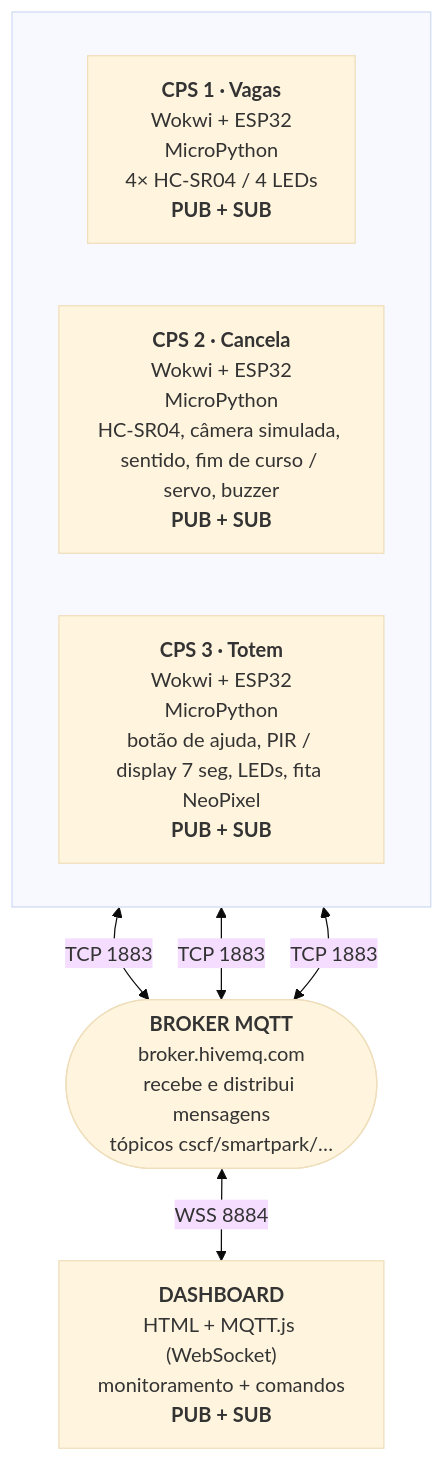
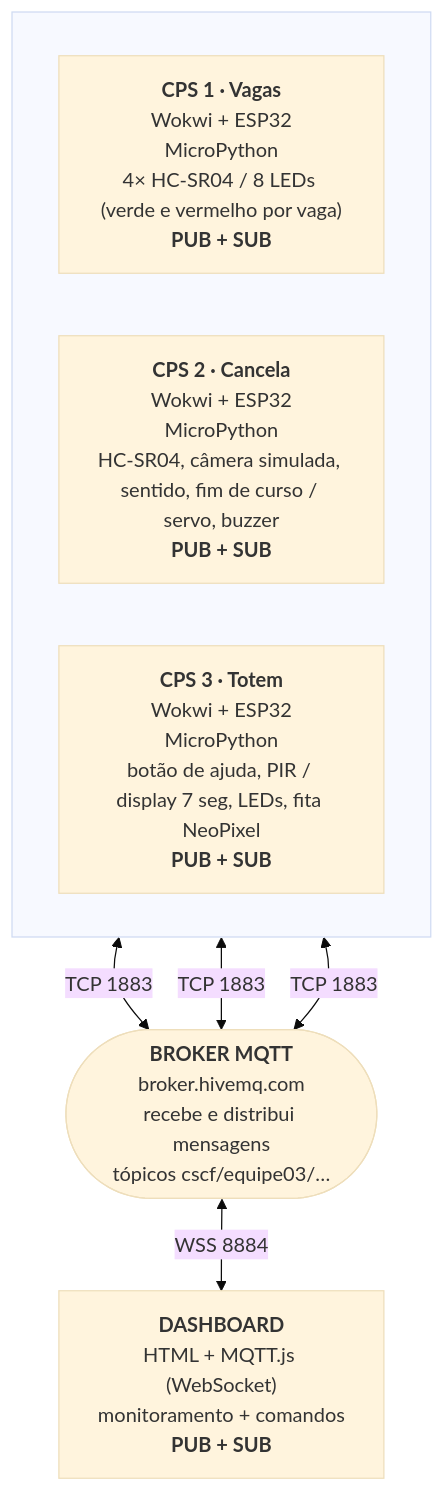
The first of 2 diagrams in docs/arquitetura.md (Bossmann007/smartpark-pucpr), drawn with Mermaid (base theme) before and after one commit. The commit also changed other lines of this file and 35 other files, not shown here.

````diff
--- a/docs/arquitetura.md
+++ b/docs/arquitetura.md
@@ -7,15 +7,15 @@
 ```mermaid
 flowchart TB
   subgraph CPS[" "]
     direction LR
-    CPS1["<b>CPS 1 · Vagas</b><br/>Wokwi + ESP32<br/>MicroPython<br/>4× HC-SR04 / 4 LEDs<br/><b>PUB + SUB</b>"]
+    CPS1["<b>CPS 1 · Vagas</b><br/>Wokwi + ESP32<br/>MicroPython<br/>4× HC-SR04 / 8 LEDs (verde e vermelho por vaga)<br/><b>PUB + SUB</b>"]
     CPS2["<b>CPS 2 · Cancela</b><br/>Wokwi + ESP32<br/>MicroPython<br/>HC-SR04, câmera simulada, sentido, fim de curso / servo, buzzer<br/><b>PUB + SUB</b>"]
     CPS3["<b>CPS 3 · Totem</b><br/>Wokwi + ESP32<br/>MicroPython<br/>botão de ajuda, PIR / display 7 seg, LEDs, fita NeoPixel<br/><b>PUB + SUB</b>"]
   end
-  B(["<b>BROKER MQTT</b><br/>broker.hivemq.com<br/>recebe e distribui mensagens<br/>tópicos cscf/smartpark/…"])
+  B(["<b>BROKER MQTT</b><br/>broker.hivemq.com<br/>recebe e distribui mensagens<br/>tópicos cscf/equipe03/…"])
   D["<b>DASHBOARD</b><br/>HTML + MQTT.js (WebSocket)<br/>monitoramento + comandos<br/><b>PUB + SUB</b>"]
   CPS1 <-->|"TCP 1883"| B
   CPS2 <-->|"TCP 1883"| B
   CPS3 <-->|"TCP 1883"| B
   B <-->|"WSS 8884"| D
 ```
````
